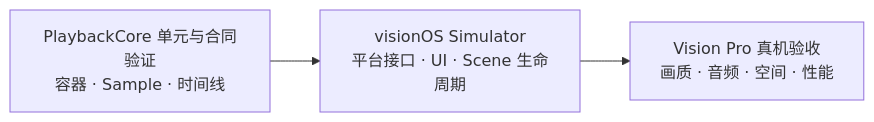
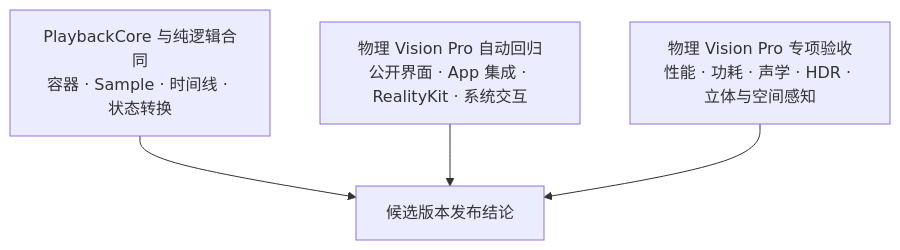
The diagram in docs/acceptance/verification-system.md (1873663116/Enchron), drawn with Mermaid before and after one commit. The commit also changed other lines of this file and 85 other files, not shown here.

Commit message:
Consolidate playback and Vision Pro regression foundation

````diff
--- a/docs/acceptance/verification-system.md
+++ b/docs/acceptance/verification-system.md
@@ -7,5 +7,6 @@
 ```mermaid
-flowchart LR
-    Core["PlaybackCore 单元与合同验证\n容器 · Sample · 时间线"] --> Sim["visionOS Simulator\n平台接口 · UI · Scene 生命周期"]
-    Sim --> Device["Vision Pro 真机验收\n画质 · 音频 · 空间 · 性能"]
+flowchart TB
+    Core["PlaybackCore 与纯逻辑合同\n容器 · Sample · 时间线 · 状态转换"] --> Result["候选版本发布结论"]
+    Device["物理 Vision Pro 自动回归\n公开界面 · App 集成 · RealityKit · 系统交互"] --> Result
+    Special["物理 Vision Pro 专项验收\n性能 · 功耗 · 声学 · HDR · 立体与空间感知"] --> Result
 ```
````
